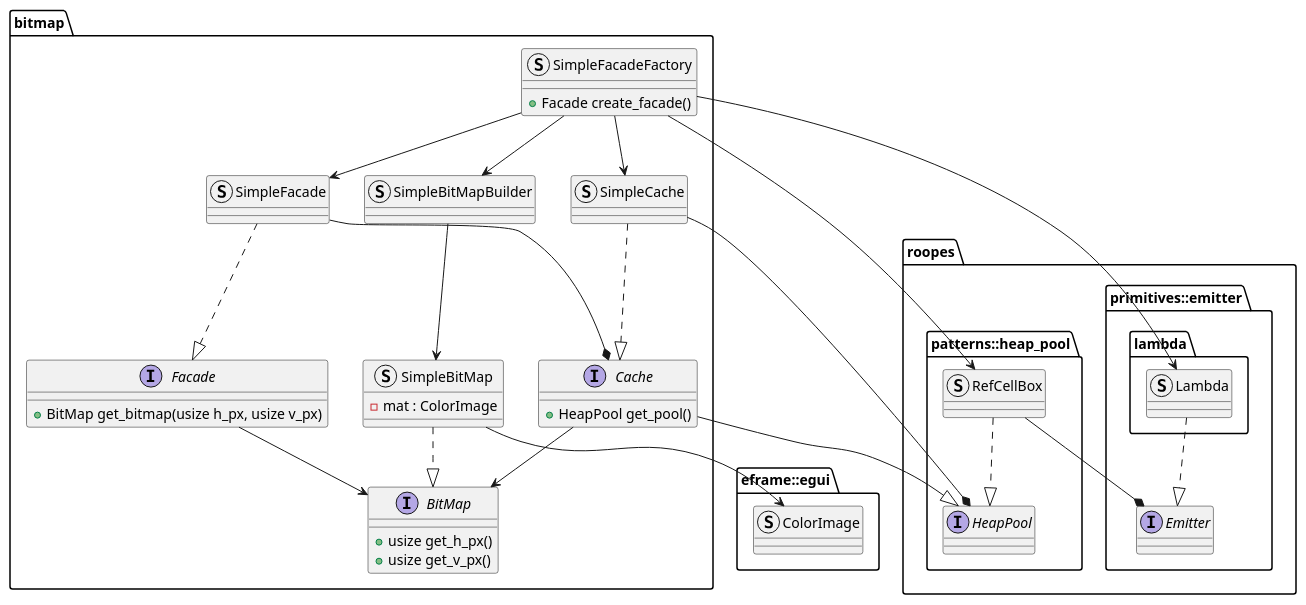
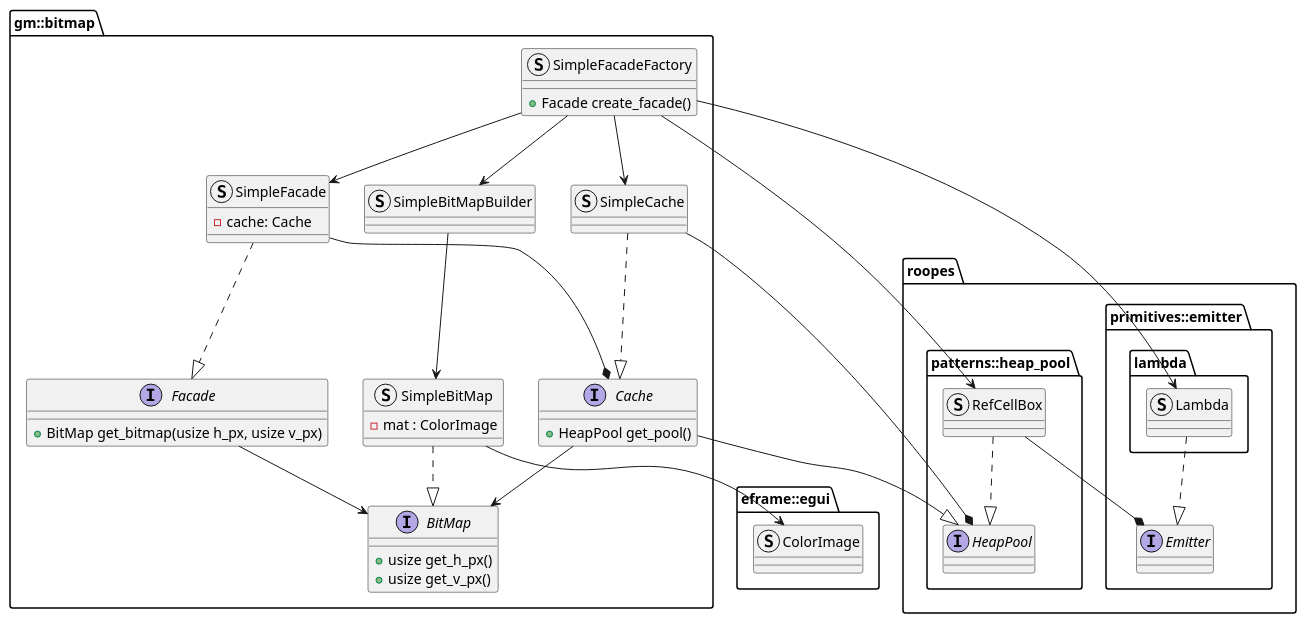
Before and after one commit to zwerdlds/GlyphMosaic: the diagram in documentation/Specification/diagrams/subsystems/bitmap.plantuml, drawn with PlantUML. The commit also changed 1 other file, not shown here.

Commit message:
docs: bitmap subsystem diagrams namespace and fields

```diff
--- a/documentation/Specification/diagrams/subsystems/bitmap.plantuml
+++ b/documentation/Specification/diagrams/subsystems/bitmap.plantuml
@@ -1,77 +1,77 @@
 @startuml
 skinparam componentStyle uml1
 
-package "bitmap" {
+package "gm::bitmap" {
     interface "BitMap" as bm{
         + usize get_h_px()
         + usize get_v_px()
     }
 
     struct "SimpleBitMap" as bms {
         - mat : ColorImage
     }
 
     interface "Cache" as bmc{
         + HeapPool get_pool()
     }
 
     struct "SimpleCache" as bmsc{
     }
 
     interface "Facade" as bmf{
         + BitMap get_bitmap(usize h_px, usize v_px)
     }
 
     struct "SimpleFacade" as bmsf{
-
+        - cache: Cache
     }
 
     struct "SimpleFacadeFactory" as bmsff{
         + Facade create_facade()
     }
 
     struct "SimpleBitMapBuilder" as bmsbmb{
     }
 }
 
 
 package "roopes"{
     package "primitives::emitter" {
         interface "Emitter" as ree {}
 
         package "lambda" {
             struct "Lambda" as rel {}
         }
     }
 
     package "patterns::heap_pool" {
         interface "HeapPool" as rhphp {}
         struct "RefCellBox" as rhphrcb{}
     }
 }
 
 package eframe::egui {
     struct "ColorImage" as eeci {}
 }
 
 
 bmf --> bm
 bmsf --* bmc
 bms ..|> bm
 bmc --> bm
 bmsc ..|> bmc
 bmsff --> bmsbmb
 bmsbmb --> bms
 bmsf ..|> bmf
 bmc --|> rhphp
 bmsc --* rhphp
 rhphrcb ..|> rhphp
 bmsff --> rhphrcb
 bmsff --> bmsc
 bmsff --> bmsf
 rel ..|> ree
 bmsff --> rel
 rhphrcb --* ree
 bms --> eeci
 
 @enduml
```
